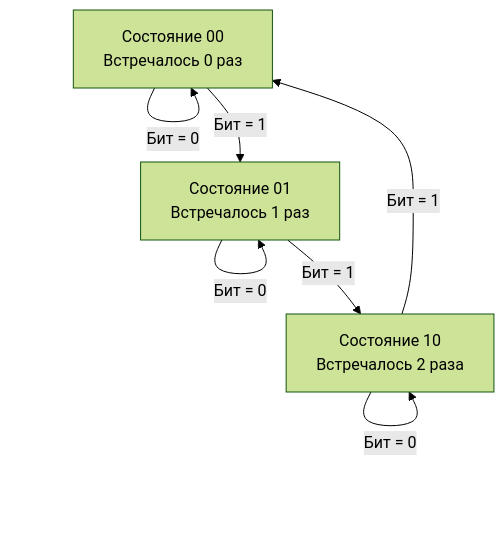
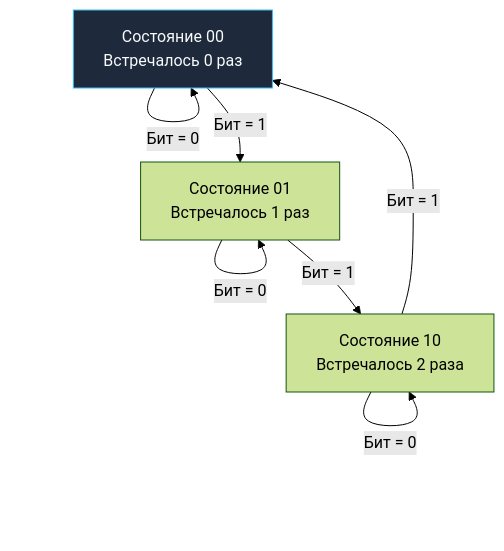
Before and after one commit to UnrealTemplier/go-textbook: the diagram in sources/21. Задачи с LeetCode и собеседований на Go/02. Задачи/22. Битовые операции/4. Single Number II.md, drawn with Mermaid (forest theme). The commit also changed 1666 other files, not shown here.

First line of the commit message:
feat(mermaid): add semantic color classDef to 1369 colorless flowchart/graph diagrams

````diff
--- a/sources/21. Задачи с LeetCode и собеседований на Go/02. Задачи/22. Битовые операции/4. Single Number II.md
+++ b/sources/21. Задачи с LeetCode и собеседований на Go/02. Задачи/22. Битовые операции/4. Single Number II.md
@@ -80,10 +80,20 @@
 ```mermaid
 flowchart TD
-    State0["Состояние 00<br>Встречалось 0 раз"] -->|"Бит = 1"| State1["Состояние 01<br>Встречалось 1 раз"]
+    classDef process  fill:#1e293b,stroke:#38bdf8,stroke-width:1px,color:#f8fafc
+    classDef success  fill:#064e3b,stroke:#34d399,stroke-width:1px,color:#f8fafc
+    classDef error    fill:#7f1d1d,stroke:#f87171,stroke-width:1px,color:#f8fafc
+    classDef warning  fill:#78350f,stroke:#fbbf24,stroke-width:1px,color:#f8fafc
+    classDef entry    fill:#1e3a5f,stroke:#38bdf8,stroke-width:2px,color:#f8fafc
+    classDef aux      fill:#334155,stroke:#64748b,stroke-width:1px,color:#f8fafc
+    classDef system   fill:#312e81,stroke:#a78bfa,stroke-width:1px,color:#f8fafc
+    classDef data     fill:#132d29,stroke:#2dd4bf,stroke-width:1px,color:#f8fafc
+    classDef network  fill:#881337,stroke:#fb7185,stroke-width:1px,color:#f8fafc
+    classDef accent   fill:#1e1b4b,stroke:#818cf8,stroke-width:1px,color:#f8fafc
+    State0["Состояние 00<br>Встречалось 0 раз"]:::process -->|"Бит = 1"| State1["Состояние 01<br>Встречалось 1 раз"]
     State1 -->|"Бит = 1"| State2["Состояние 10<br>Встречалось 2 раза"]
     State2 -->|"Бит = 1"| State0
     
     State0 -->|"Бит = 0"| State0
     State1 -->|"Бит = 0"| State1
     State2 -->|"Бит = 0"| State2
 ```
````
